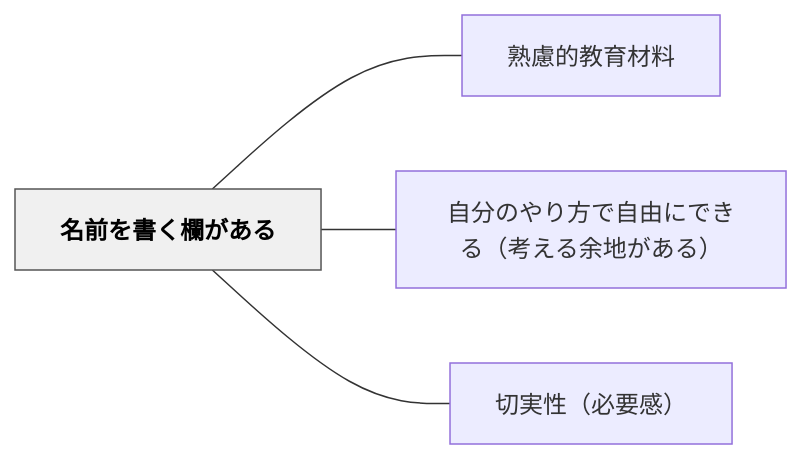
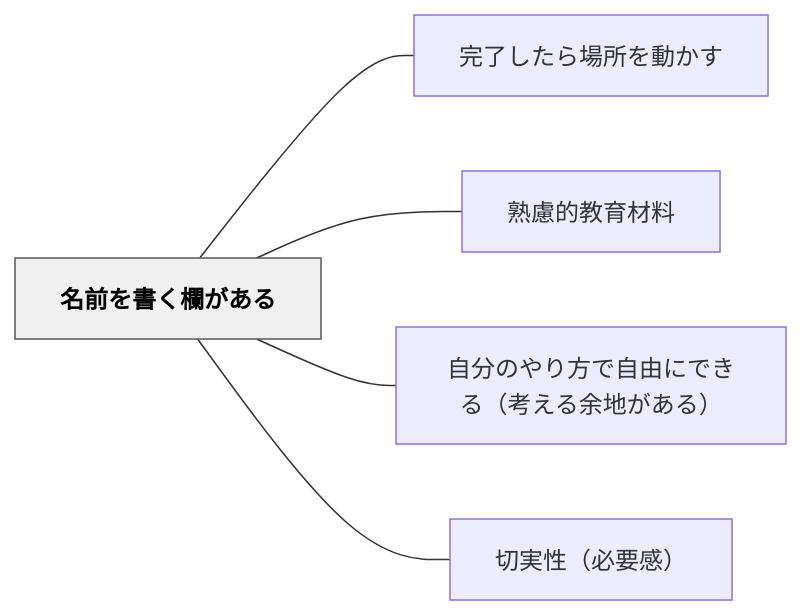
Before and after one commit to unknownthings-ed-patterns/unknownthings-ed-patterns: the diagram in content/パタン/名前を書く欄がある.md, drawn with Mermaid. The commit also changed other lines of this file and 6 other files, not shown here.

````diff
--- a/content/パタン/名前を書く欄がある.md
+++ b/content/パタン/名前を書く欄がある.md
@@ -44,14 +45,16 @@
 ```mermaid
 flowchart LR
     ne5908de5898d["名前を書く欄がある"]
+    ne5ae8ce4ba86["完了したら場所を動かす"]
     ne7869fe685ae["熟慮的教育材料"]
     ne887aae58886["自分のやり方で自由にできる（考える余地がある）"]
     ne58887e5ae9f["切実性（必要感）"]
 
+    ne5908de5898d --- ne5ae8ce4ba86
     ne5908de5898d --- ne7869fe685ae
     ne5908de5898d --- ne887aae58886
     ne5908de5898d --- ne58887e5ae9f
 
     classDef hub fill:#f0f0f0,stroke:#555,color:#000,font-weight:bold
     class ne5908de5898d hub
 ```
````
